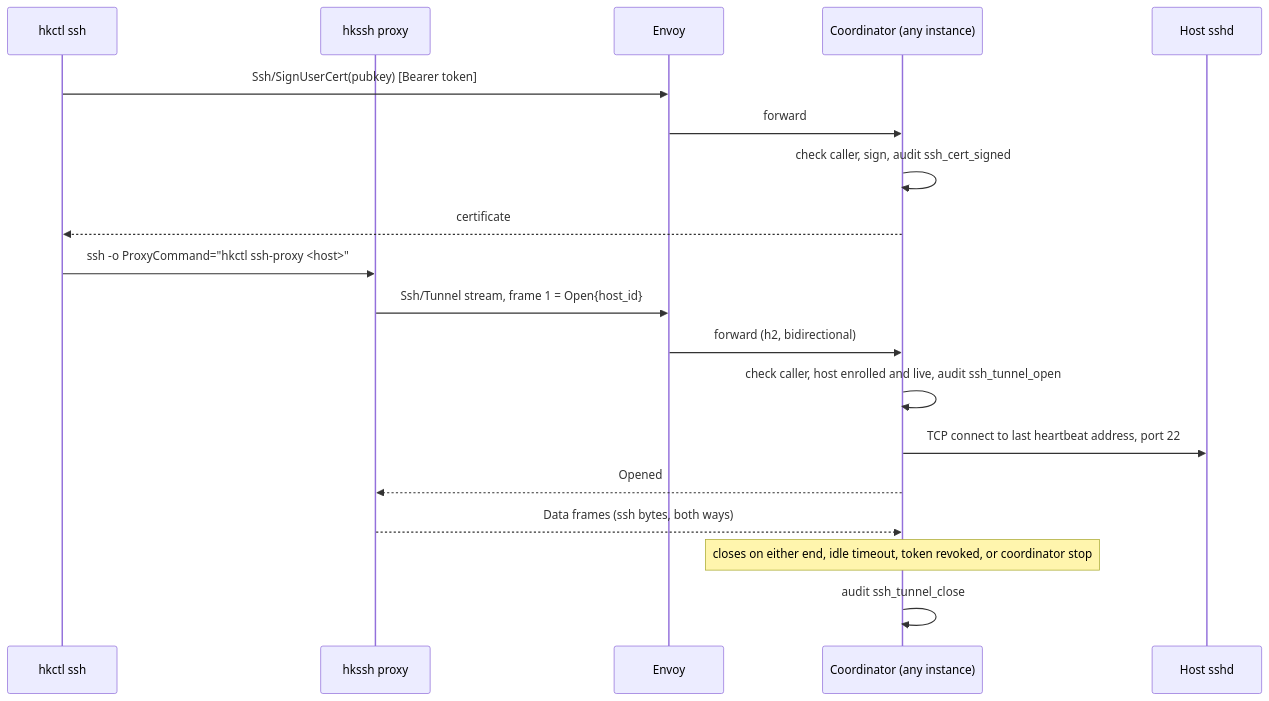
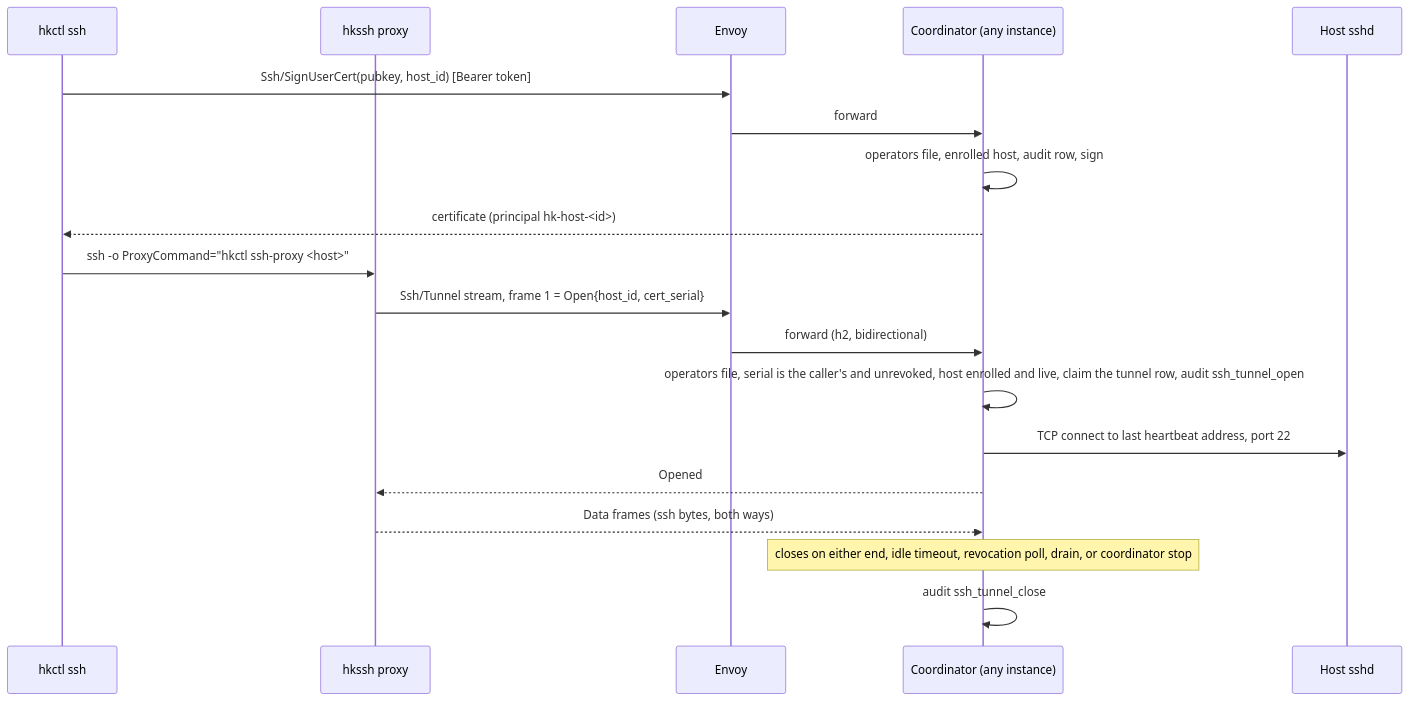
Before and after one commit to komira-ai/hostkeeper: the second of 2 diagrams in docs/design/ssh-through-coordinator.md, drawn with Mermaid. The commit also changed other lines of this file and 1 other file, not shown here.

First line of the commit message:
Revise the SSH-through-coordinator design for review: per-host principals, default-deny operators, revocation, stronger lockout checks, pinned host keys

````diff
--- a/docs/design/ssh-through-coordinator.md
+++ b/docs/design/ssh-through-coordinator.md
@@ -101,21 +133,21 @@
 ```mermaid
 sequenceDiagram
     participant O as hkctl ssh
     participant P as hkssh proxy
     participant E as Envoy
     participant C as Coordinator (any instance)
     participant H as Host sshd
-    O->>E: Ssh/SignUserCert(pubkey)  [Bearer token]
+    O->>E: Ssh/SignUserCert(pubkey, host_id)  [Bearer token]
     E->>C: forward
-    C->>C: check caller, sign, audit ssh_cert_signed
-    C-->>O: certificate
+    C->>C: operators file, enrolled host, audit row, sign
+    C-->>O: certificate (principal hk-host-<id>)
     O->>P: ssh -o ProxyCommand="hkctl ssh-proxy <host>"
-    P->>E: Ssh/Tunnel stream, frame 1 = Open{host_id}
+    P->>E: Ssh/Tunnel stream, frame 1 = Open{host_id, cert_serial}
     E->>C: forward (h2, bidirectional)
-    C->>C: check caller, host enrolled and live, audit ssh_tunnel_open
+    C->>C: operators file, serial is the caller's and unrevoked, host enrolled and live, claim the tunnel row, audit ssh_tunnel_open
     C->>H: TCP connect to last heartbeat address, port 22
     C-->>P: Opened
     P-->>C: Data frames (ssh bytes, both ways)
-    Note over C: closes on either end, idle timeout, token revoked, or coordinator stop
+    Note over C: closes on either end, idle timeout, revocation poll, drain, or coordinator stop
     C->>C: audit ssh_tunnel_close
 ```
````
